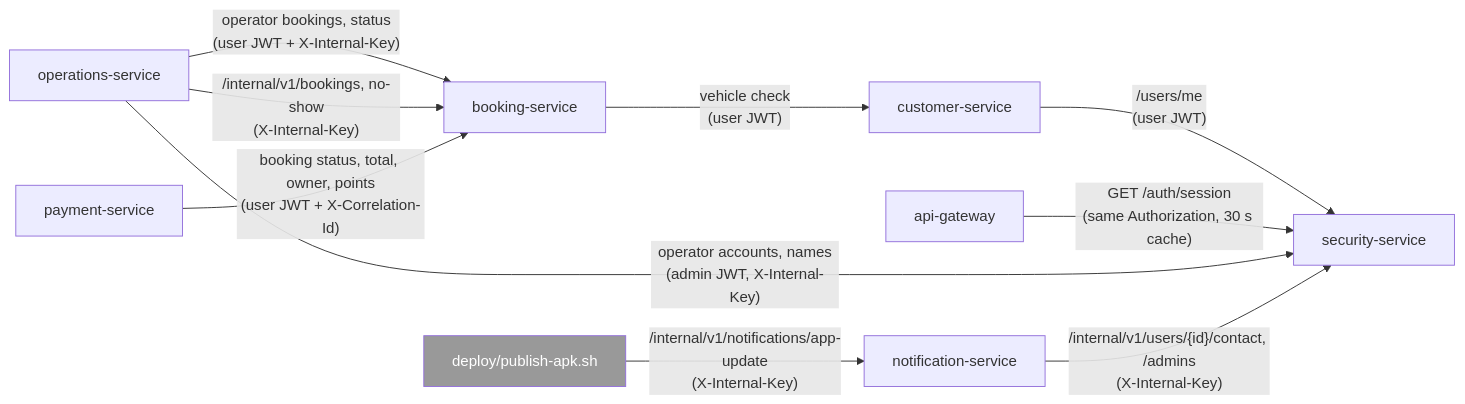
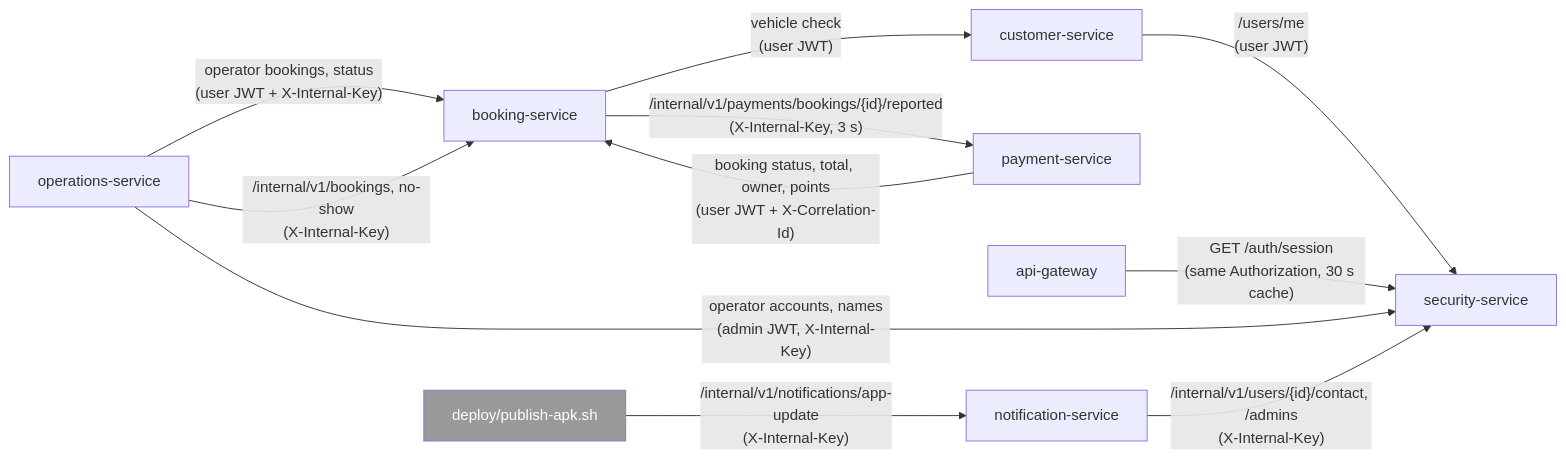
One commit to code-sena/vehicle-w-docs changed the second of 3 diagrams in 08-uml/diagrams/source/c2-containers.md. Above: the diagram before and after it, drawn with Mermaid. The commit also changed other lines of this file and 5 other files, not shown here.

First line of the commit message:
docs(events): add PaymentReported and the booking.payment-events queue

````diff
--- a/08-uml/diagrams/source/c2-containers.md
+++ b/08-uml/diagrams/source/c2-containers.md
@@ -61,23 +61,24 @@
 ```mermaid
 flowchart LR
     booking[booking-service]
     customer[customer-service]
     security[security-service]
     operations[operations-service]
     payment[payment-service]
     notification[notification-service]
     apk[deploy/publish-apk.sh]:::ext
 
     booking -- "vehicle check<br/>(user JWT)" --> customer
     customer -- "/users/me<br/>(user JWT)" --> security
     gateway[api-gateway]
     gateway -- "GET /auth/session<br/>(same Authorization, 30 s cache)" --> security
     operations -- "operator bookings, status<br/>(user JWT + X-Internal-Key)" --> booking
     operations -- "/internal/v1/bookings, no-show<br/>(X-Internal-Key)" --> booking
     operations -- "operator accounts, names<br/>(admin JWT, X-Internal-Key)" --> security
     payment -- "booking status, total, owner, points<br/>(user JWT + X-Correlation-Id)" --> booking
+    booking -- "/internal/v1/payments/bookings/{id}/reported<br/>(X-Internal-Key, 3 s)" --> payment
     notification -- "/internal/v1/users/{id}/contact, /admins<br/>(X-Internal-Key)" --> security
     apk -- "/internal/v1/notifications/app-update<br/>(X-Internal-Key)" --> notification
 
     classDef ext fill:#999,color:#fff
 ```
````
